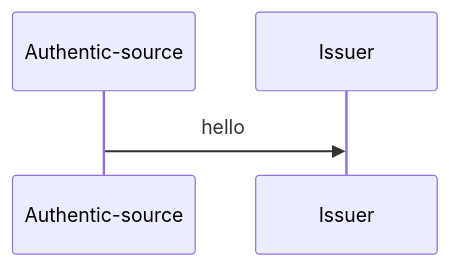
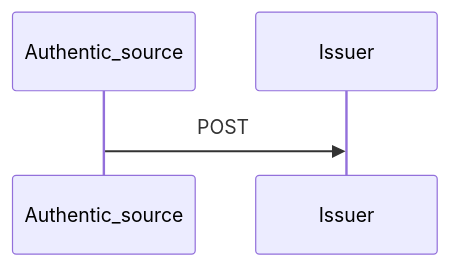
One commit to dc4eu/vc changed the eighth of 8 diagrams in standards/apiv21.md. Above: the diagram before and after it, drawn with Mermaid. The commit also changed other lines of this file, not shown here.

Commit message:
Add flowcharts to all endpoints.

````diff
--- a/standards/apiv21.md
+++ b/standards/apiv21.md
@@ -405,4 +407,4 @@
 ```mermaid
 sequenceDiagram;
-    Authentic-source->>Issuer: hello;
+    Authentic_source->>Issuer: POST ;
 ```
````
